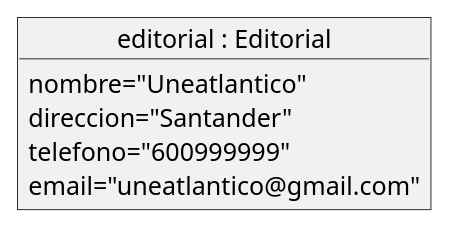
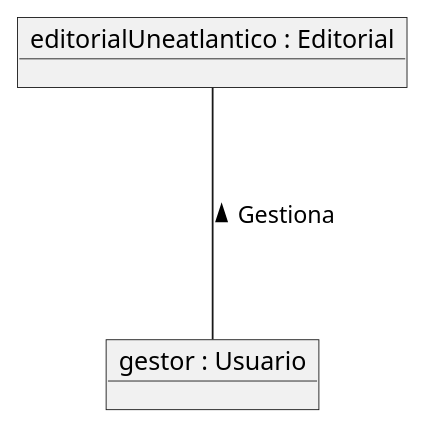
Before and after one commit to mmasias/IdSw1-22-23: the diagram in 000-entregas/Grupo4/objetosDelDominio/objetosDelDominio_EstadoInicial.puml, drawn with PlantUML. The commit also changed 6 other files, not shown here.

Commit message:
update final diagrams

```diff
--- a/000-entregas/Grupo4/objetosDelDominio/objetosDelDominio_EstadoInicial.puml
+++ b/000-entregas/Grupo4/objetosDelDominio/objetosDelDominio_EstadoInicial.puml
@@ -1,10 +1,9 @@
 @startuml objetoDeDominio_EstadoInicial
 
-object "editorial : Editorial" as editorial {
-nombre="Uneatlantico"
-direccion="Santander"
-telefono="600999999"
-email="uneatlantico@gmail.com"
-}
+object "editorialUneatlantico : Editorial" as editorial
+object "gestor : Usuario" as gestor
+
+editorial --- gestor : Gestiona <
+
 
 @enduml
```
